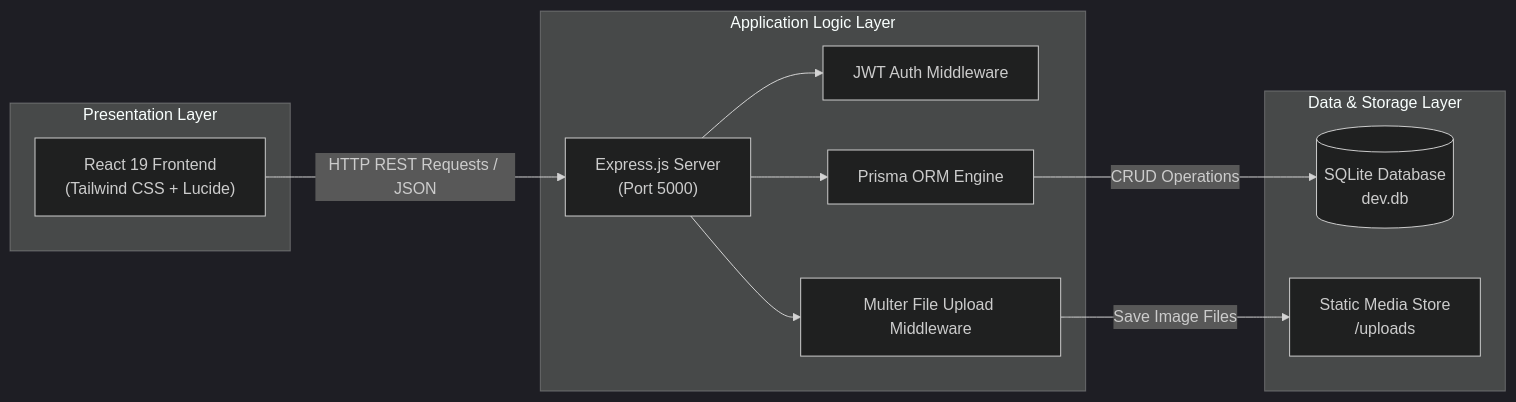
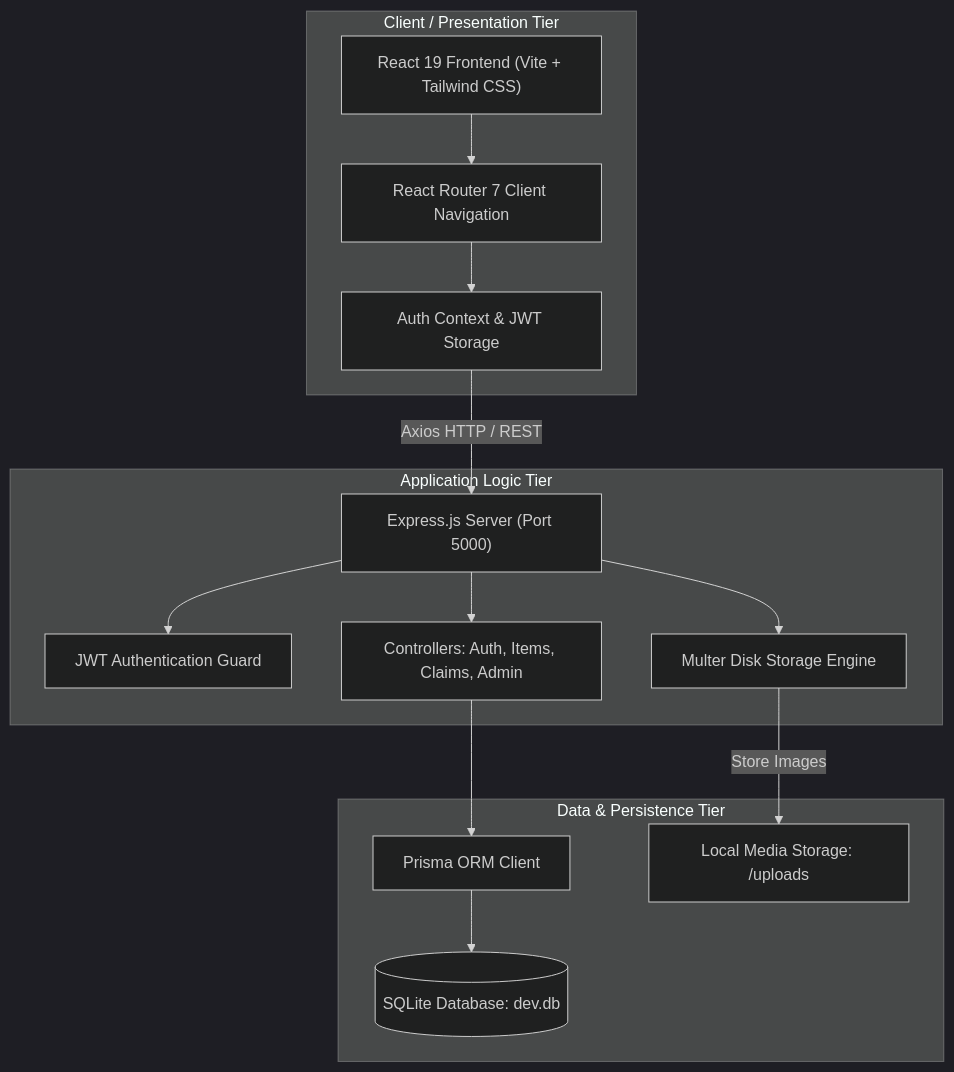
The first of 3 diagrams in docs/Black_Book_Project_Report.md (proot-distrologinubuntu275/Findit), drawn with Mermaid (dark theme) before and after one commit. The commit also changed other lines of this file and 1 other file, not shown here.

````diff
--- a/docs/Black_Book_Project_Report.md
+++ b/docs/Black_Book_Project_Report.md
@@ -192,25 +277,31 @@
 ```mermaid
-flowchart LR
-    subgraph Presentation_Layer [Presentation Layer]
-        A["React 19 Frontend<br/>(Tailwind CSS + Lucide)"]
+flowchart TD
+    subgraph Client_Tier [Client / Presentation Tier]
+        UI["React 19 Frontend (Vite + Tailwind CSS)"]
+        Router["React Router 7 Client Navigation"]
+        AuthContext["Auth Context & JWT Storage"]
     end
 
-    subgraph Application_Layer [Application Logic Layer]
-        B["Express.js Server<br/>(Port 5000)"]
-        C["JWT Auth Middleware"]
-        D["Multer File Upload Middleware"]
-        E["Prisma ORM Engine"]
+    subgraph Server_Tier [Application Logic Tier]
+        API["Express.js Server (Port 5000)"]
+        AuthMiddleware["JWT Authentication Guard"]
+        UploadMiddleware["Multer Disk Storage Engine"]
+        Controllers["Controllers: Auth, Items, Claims, Admin"]
     end
 
-    subgraph Data_Layer [Data & Storage Layer]
-        F[("SQLite Database<br/>dev.db")]
-        G["Static Media Store<br/>/uploads"]
+    subgraph Data_Tier [Data & Persistence Tier]
+        PrismaClient["Prisma ORM Client"]
+        SQLiteDB[("SQLite Database: dev.db")]
+        UploadsStore["Local Media Storage: /uploads"]
     end
 
-    A -->|"HTTP REST Requests / JSON"| B
-    B --> C
-    B --> D
-    D -->|"Save Image Files"| G
-    B --> E
-    E -->|"CRUD Operations"| F
+    UI --> Router
+    Router --> AuthContext
+    AuthContext -->|"Axios HTTP / REST"| API
+    API --> AuthMiddleware
+    API --> UploadMiddleware
+    UploadMiddleware -->|"Store Images"| UploadsStore
+    API --> Controllers
+    Controllers --> PrismaClient
+    PrismaClient --> SQLiteDB
 ```
````
